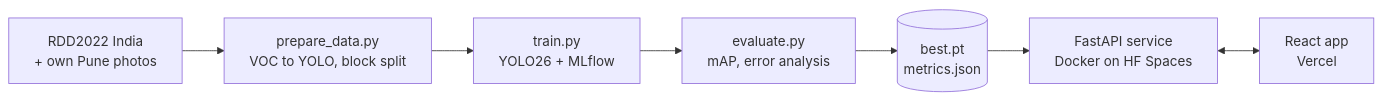
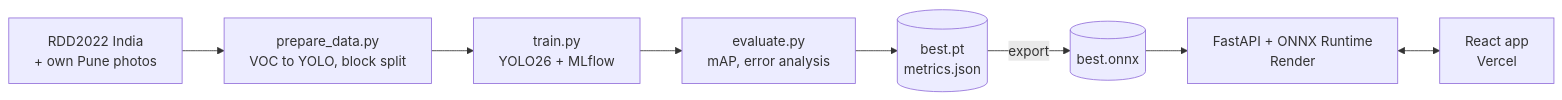
Before and after one commit to tejasavbishnoi/roadsense: the diagram in README.md, drawn with Mermaid. The commit also changed other lines of this file and 15 other files, not shown here.

Commit message:
Serve the model with ONNX Runtime for free hosting on Render

````diff
--- a/README.md
+++ b/README.md
@@ -27,9 +27,9 @@
 ```mermaid
 flowchart LR
   A[RDD2022 India<br/>+ own Pune photos] --> B[prepare_data.py<br/>VOC to YOLO, block split]
   B --> C[train.py<br/>YOLO26 + MLflow]
   C --> D[evaluate.py<br/>mAP, error analysis]
   D --> E[(best.pt<br/>metrics.json)]
-  E --> F[FastAPI service<br/>Docker on HF Spaces]
+  E -->|export| E2[(best.onnx)] --> F[FastAPI + ONNX Runtime<br/>Render]
   F <--> G[React app<br/>Vercel]
 ```
````
